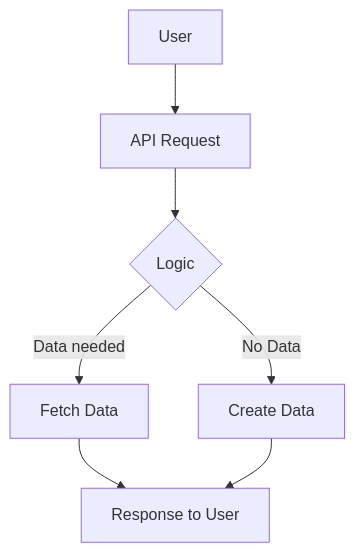
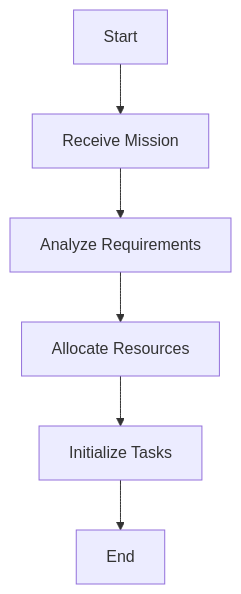
Before and after one commit to Loofy147/Artificial-Reality: the first of 2 diagrams in ARCHITECTURE.md, drawn with Mermaid. The commit also changed other lines of this file, not shown here.

Commit message:
Updated ARCHITECTURE.md with comprehensive FSO architecture documentation.

````diff
--- a/ARCHITECTURE.md
+++ b/ARCHITECTURE.md
@@ -30,9 +30,8 @@
 ```mermaid
 flowchart TD
-    A[User] --> B[API Request]
-    B --> C{Logic}
-    C -->|Data needed| D[Fetch Data]
-    C -->|No Data| E[Create Data]
-    D --> F[Response to User]
-    E --> F
-```  
+    A[Start] --> B[Receive Mission]
+    B --> C[Analyze Requirements]
+    C --> D[Allocate Resources]
+    D --> E[Initialize Tasks]
+    E --> F[End]
+```
````
